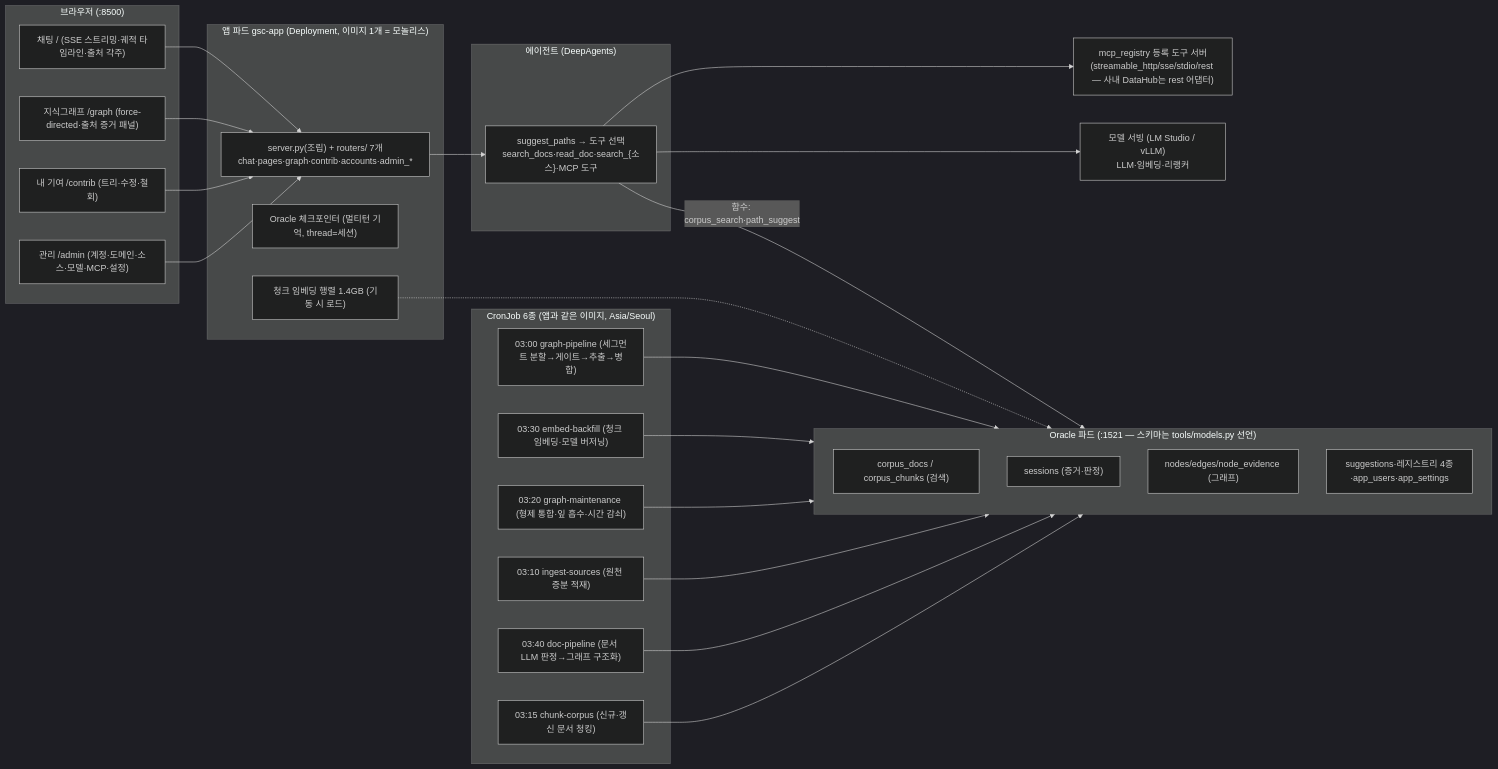
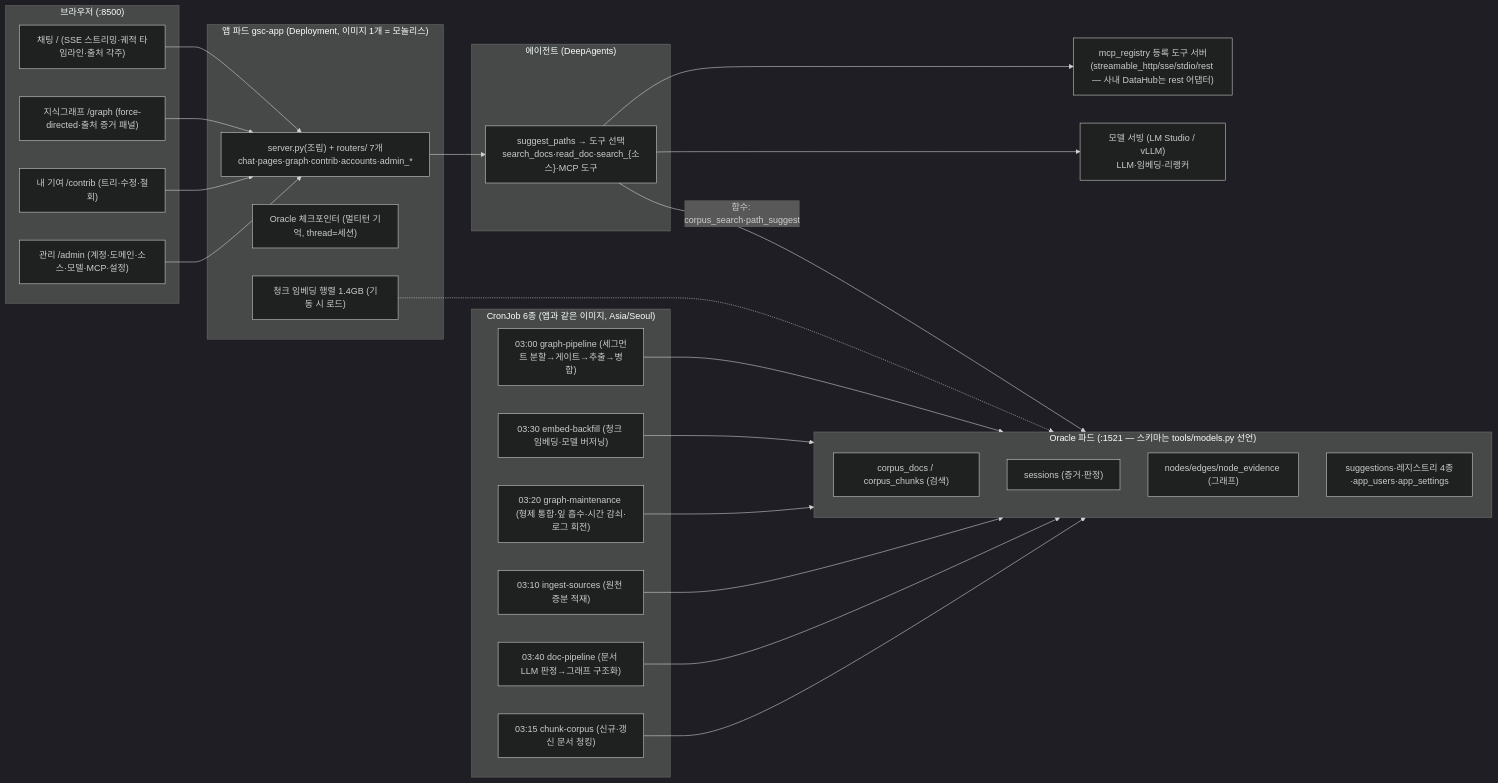
Before and after one commit to catinbox276/graph-search-chat: the diagram in docs/implementation.md, drawn with Mermaid (dark theme). The commit also changed other lines of this file and 16 other files, not shown here.

````diff
--- a/docs/implementation.md
+++ b/docs/implementation.md
@@ -10,40 +10,40 @@
 ```mermaid
 flowchart LR
     subgraph browser["브라우저 (:8500)"]
         UI["채팅 / (SSE 스트리밍·궤적 타임라인·출처 각주)"]
         GV["지식그래프 /graph (force-directed·출처 증거 패널)"]
         CB["내 기여 /contrib (트리·수정·철회)"]
         AD["관리 /admin (계정·도메인·소스·모델·MCP·설정)"]
     end
     subgraph srv["앱 파드 gsc-app (Deployment, 이미지 1개 = 모놀리스)"]
         API["server.py(조립) + routers/ 7개<br/>chat·pages·graph·contrib·accounts·admin_*"]
         MEM["Oracle 체크포인터 (멀티턴 기억, thread=세션)"]
         MTX["청크 임베딩 행렬 1.4GB (기동 시 로드)"]
     end
     subgraph agentbox["에이전트 (DeepAgents)"]
         AG["suggest_paths → 도구 선택<br/>search_docs·read_doc·search_{소스}·MCP 도구"]
     end
     LMS["모델 서빙 (LM Studio / vLLM)<br/>LLM·임베딩·리랭커"]
     subgraph ora["Oracle 파드 (:1521 — 스키마는 tools/models.py 선언)"]
         T1["corpus_docs / corpus_chunks (검색)"]
         T2["sessions (증거·판정)"]
         T3["nodes/edges/node_evidence (그래프)"]
         T4["suggestions·레지스트리 4종·app_users·app_settings"]
     end
     MCP["mcp_registry 등록 도구 서버<br/>(streamable_http/sse/stdio/rest — 사내 DataHub는 rest 어댑터)"]
     UI & GV & CB & AD --> API
     API --> AG
     AG -->|"함수: corpus_search·path_suggest"| ora
     AG --> MCP
     AG --> LMS
     MTX -.-> ora
     subgraph batch["CronJob 6종 (앱과 같은 이미지, Asia/Seoul)"]
         P2["03:00 graph-pipeline (세그먼트 분할→게이트→추출→병합)"]
         P5["03:10 ingest-sources (원천 증분 적재)"]
         P7["03:15 chunk-corpus (신규·갱신 문서 청킹)"]
-        P4["03:20 graph-maintenance (형제 통합·잎 흡수·시간 감쇠)"]
+        P4["03:20 graph-maintenance (형제 통합·잎 흡수·시간 감쇠·로그 회전)"]
         P3["03:30 embed-backfill (청크 임베딩·모델 버저닝)"]
         P6["03:40 doc-pipeline (문서 LLM 판정→그래프 구조화)"]
     end
     P2 & P3 & P4 & P5 & P6 & P7 --> ora
 ```
````
